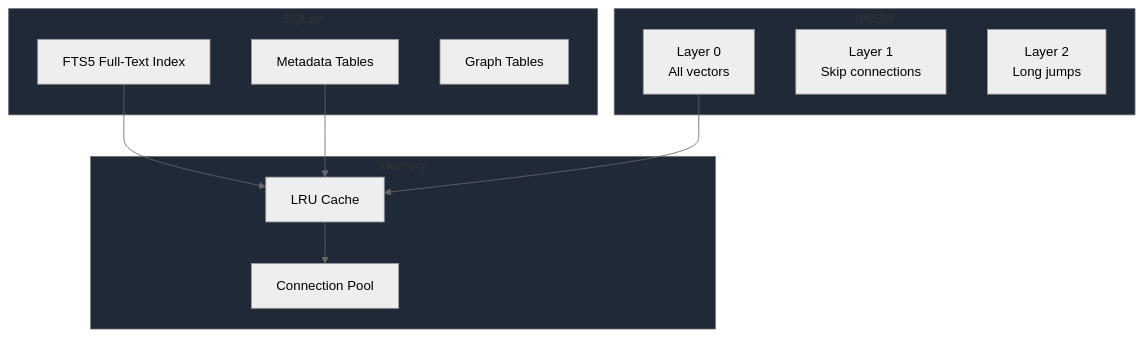
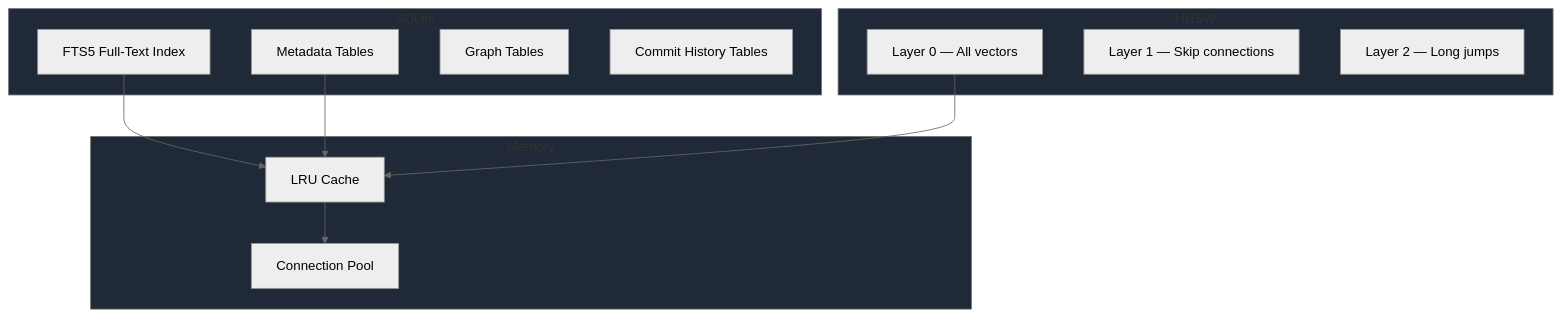
The tenth of 13 diagrams in website/docs/architecture.md (steeltroops-ai/omnicontext), drawn with Mermaid (neutral theme) before and after one commit. The commit also changed other lines of this file and 71 other files, not shown here.

````diff
--- a/website/docs/architecture.md
+++ b/website/docs/architecture.md
@@ -374,28 +454,29 @@
 ```mermaid
 graph TB
     subgraph SQLite
         FTS5[FTS5 Full-Text Index]
         Meta[Metadata Tables]
-        Graph[Graph Tables]
+        GraphTbl[Graph Tables]
+        CommitTbl[Commit History Tables]
     end
-    
+
     subgraph HNSW
-        L0[Layer 0<br/>All vectors]
-        L1[Layer 1<br/>Skip connections]
-        L2[Layer 2<br/>Long jumps]
+        L0[Layer 0 — All vectors]
+        L1[Layer 1 — Skip connections]
+        L2[Layer 2 — Long jumps]
     end
-    
+
     subgraph Memory
         Cache[LRU Cache]
         Pool[Connection Pool]
     end
-    
+
     FTS5 --> Cache
     Meta --> Cache
     L0 --> Cache
     Cache --> Pool
-    
+
     style SQLite fill:#1f2937
     style HNSW fill:#1f2937
     style Memory fill:#1f2937
 ```
````
